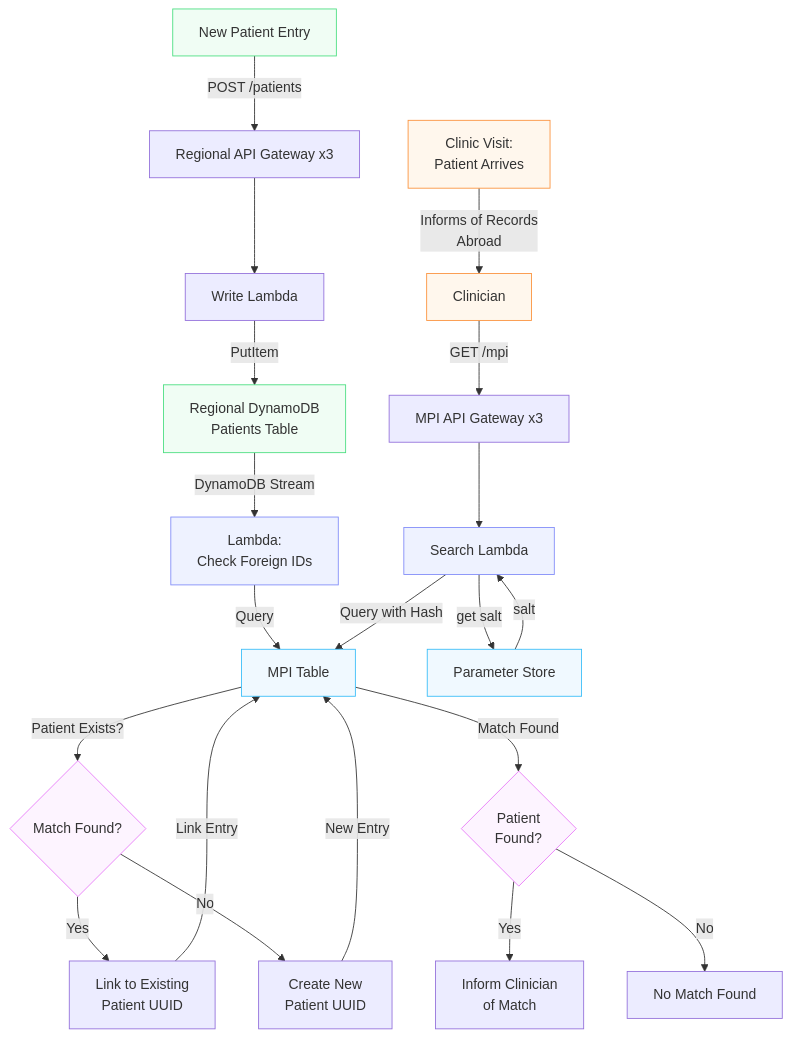
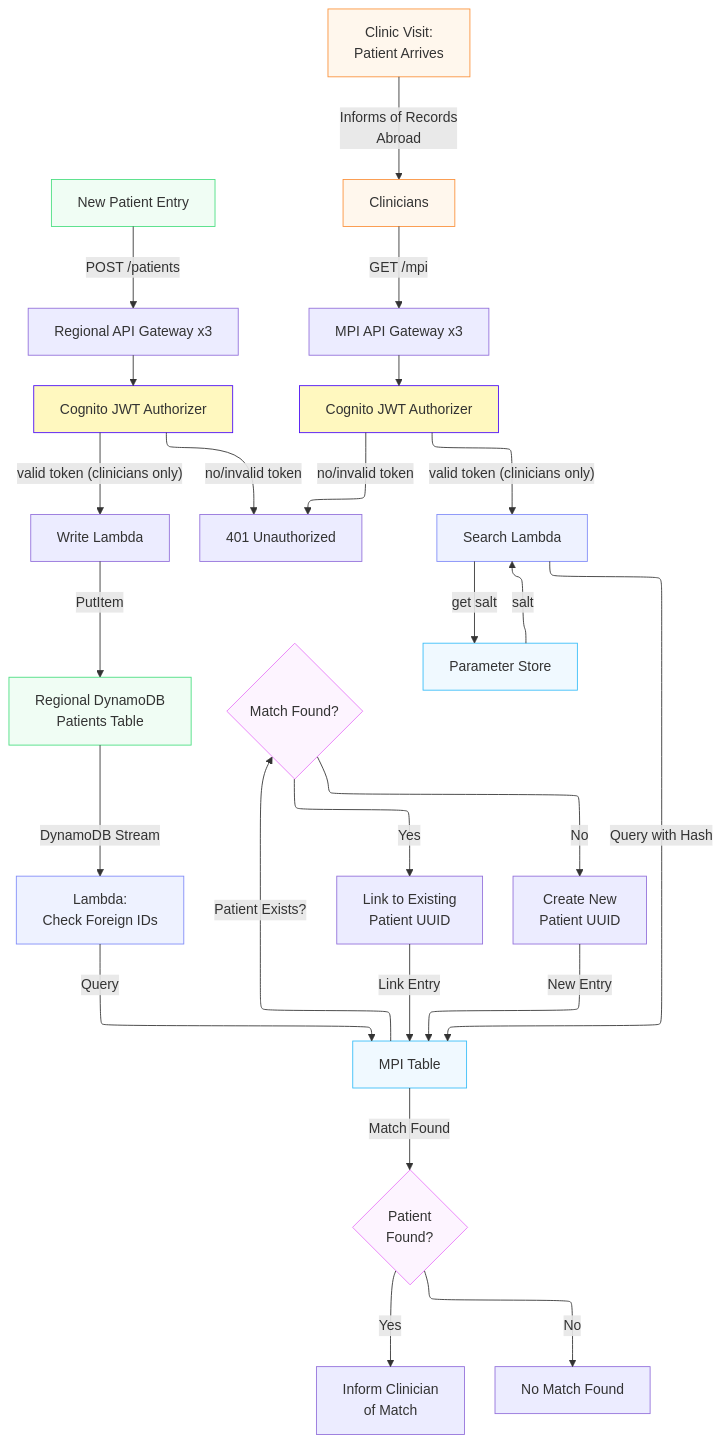
One commit to tobsterin/Multi-Region-EHR-API changed the diagram in README.md. Above: the diagram before and after it, drawn with Mermaid. The commit also changed other lines of this file, not shown here.

Commit message:
- Update Mermaid diagram nodes to explicitly show Cognito JWT Authorizer - Move Cognito, JWT, and RBAC details from the roadmap to the implemented sections

````diff
--- a/README.md
+++ b/README.md
@@ -21,41 +21,50 @@
 ```mermaid
-
-    flowchart TB
+---
+config:
+  layout: elk
+---
+flowchart TB
     A["New Patient Entry"] -- POST /patients --> AG1["Regional API Gateway x3"]
-    AG1 --> WL["Write Lambda"]
+    AG1 --> AUTH1["Cognito JWT Authorizer"]
+    AUTH1 -- valid token (clinicians only) --> WL["Write Lambda"]
+    AUTH1 -- no/invalid token --> X["401 Unauthorized"]
     WL -- PutItem --> B["Regional DynamoDB<br>Patients Table"]
     B -- DynamoDB Stream --> C["Lambda:<br>Check Foreign IDs"]
     C -- Query --> D["MPI Table"]
     D -- Patient Exists? --> E{"Match Found?"}
     E -- Yes --> F["Link to Existing<br>Patient UUID"]
     E -- No --> G["Create New<br>Patient UUID"]
     F -- Link Entry --> D
     G -- New Entry --> D
-
-    I["Clinic Visit:<br>Patient Arrives"] -- Informs of Records<br>Abroad --> J["Clinician"]
+    I["Clinic Visit:<br>Patient Arrives"] -- Informs of Records<br>Abroad --> J["Clinicians"]
     J -- GET /mpi --> AG2["MPI API Gateway x3"]
-    AG2 --> K["Search Lambda"]
+    AG2 --> AUTH2["Cognito JWT Authorizer"]
+    AUTH2 -- valid token (clinicians only) --> K["Search Lambda"]
+    AUTH2 -- no/invalid token --> X["401 Unauthorized"]
     K -- get salt --> L["Parameter Store"]
     L -- salt --> K
     K -- Query with Hash --> D
     D -- Match Found --> M{"Patient<br>Found?"}
     M -- Yes --> N["Inform Clinician<br>of Match"]
     M -- No --> O["No Match Found"]
 
-    A:::creation
-    B:::creation
-    C:::lambda
-    D:::database
-    E:::decision
-    I:::clinician
-    J:::clinician
-    K:::lambda
-    L:::database
-    M:::decision
 
+     A:::creation
+     B:::creation
+     C:::lambda
+     D:::database
+     E:::decision
+     I:::clinician
+     J:::clinician
+     K:::lambda
+     L:::database
+     M:::decision
+     AUTH1:::auth
+     AUTH2:::auth
     classDef creation fill:#f0fdf4,stroke:#4ade80
     classDef lambda fill:#eef2ff,stroke:#818cf8
     classDef database fill:#f0f9ff,stroke:#38bdf8
     classDef clinician fill:#fff7ed,stroke:#fb923c
     classDef decision fill:#fdf4ff,stroke:#e879f9
+    classDef auth fill:#fff8bf,stroke:#4a0bf6
 ```
````
